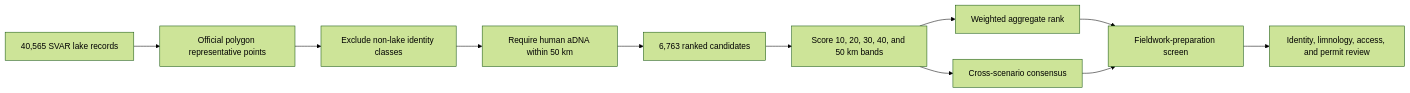
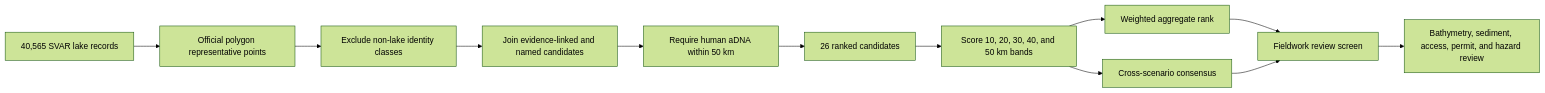
Before and after one commit to bijux/bijux-pollenomics: the first of 3 diagrams in docs/public/nordic-atlas/sweden-lake-priorities/index.md, drawn with Mermaid (forest theme). The commit also changed other lines of this file and 2 other files, not shown here.

Commit message:
docs(atlas): teach temporal southern Sweden evidence

````diff
--- a/docs/public/nordic-atlas/sweden-lake-priorities/index.md
+++ b/docs/public/nordic-atlas/sweden-lake-priorities/index.md
@@ -26,13 +28,14 @@
 ```mermaid
 flowchart LR
     A[40,565 SVAR lake records] --> B[Official polygon representative points]
     B --> C[Exclude non-lake identity classes]
-    C --> D[Require human aDNA within 50 km]
-    D --> E[6,763 ranked candidates]
-    E --> F[Score 10, 20, 30, 40, and 50 km bands]
-    F --> G[Weighted aggregate rank]
-    F --> H[Cross-scenario consensus]
-    G --> I[Fieldwork-preparation screen]
-    H --> I
-    I --> J[Identity, limnology, access, and permit review]
+    C --> D[Join evidence-linked and named candidates]
+    D --> E[Require human aDNA within 50 km]
+    E --> F[26 ranked candidates]
+    F --> G[Score 10, 20, 30, 40, and 50 km bands]
+    G --> H[Weighted aggregate rank]
+    G --> I[Cross-scenario consensus]
+    H --> J[Fieldwork review screen]
+    I --> J
+    J --> K[Bathymetry, sediment, access, permit, and hazard review]
 ```
````
